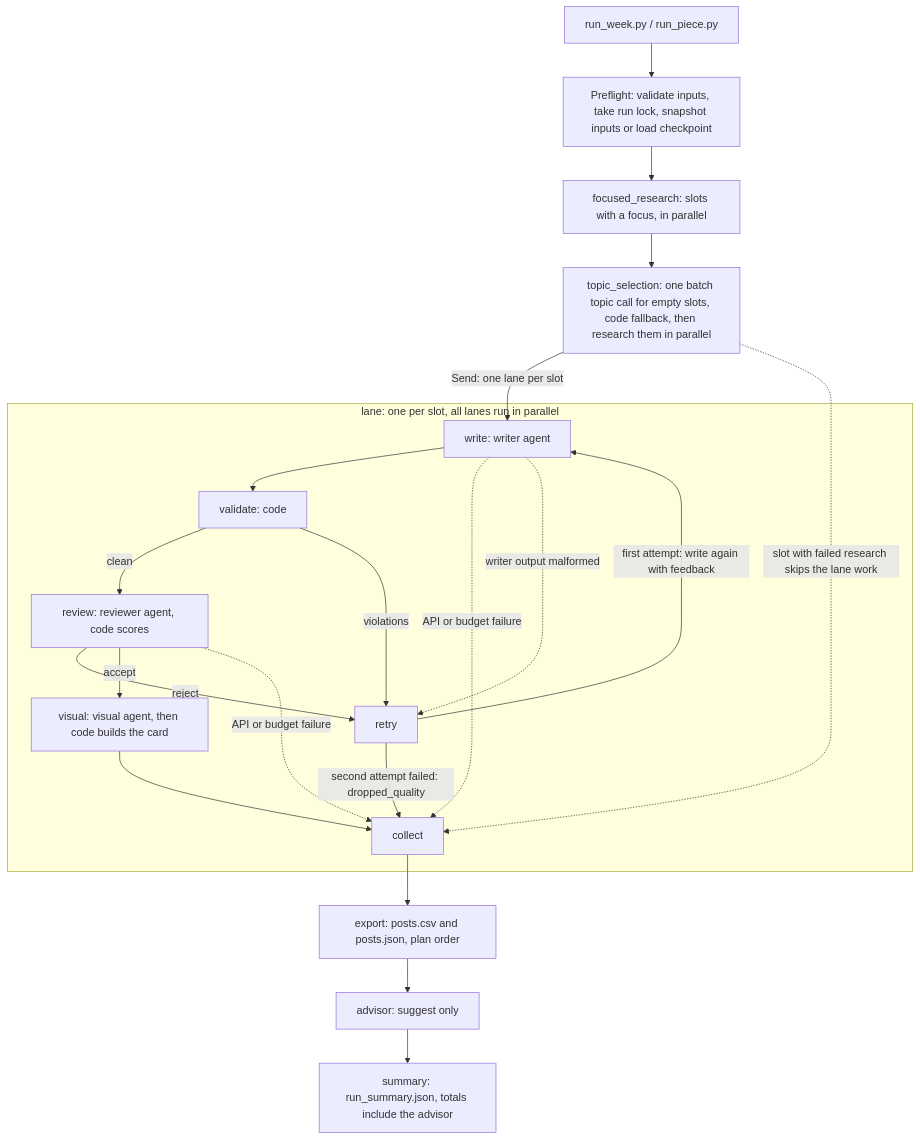
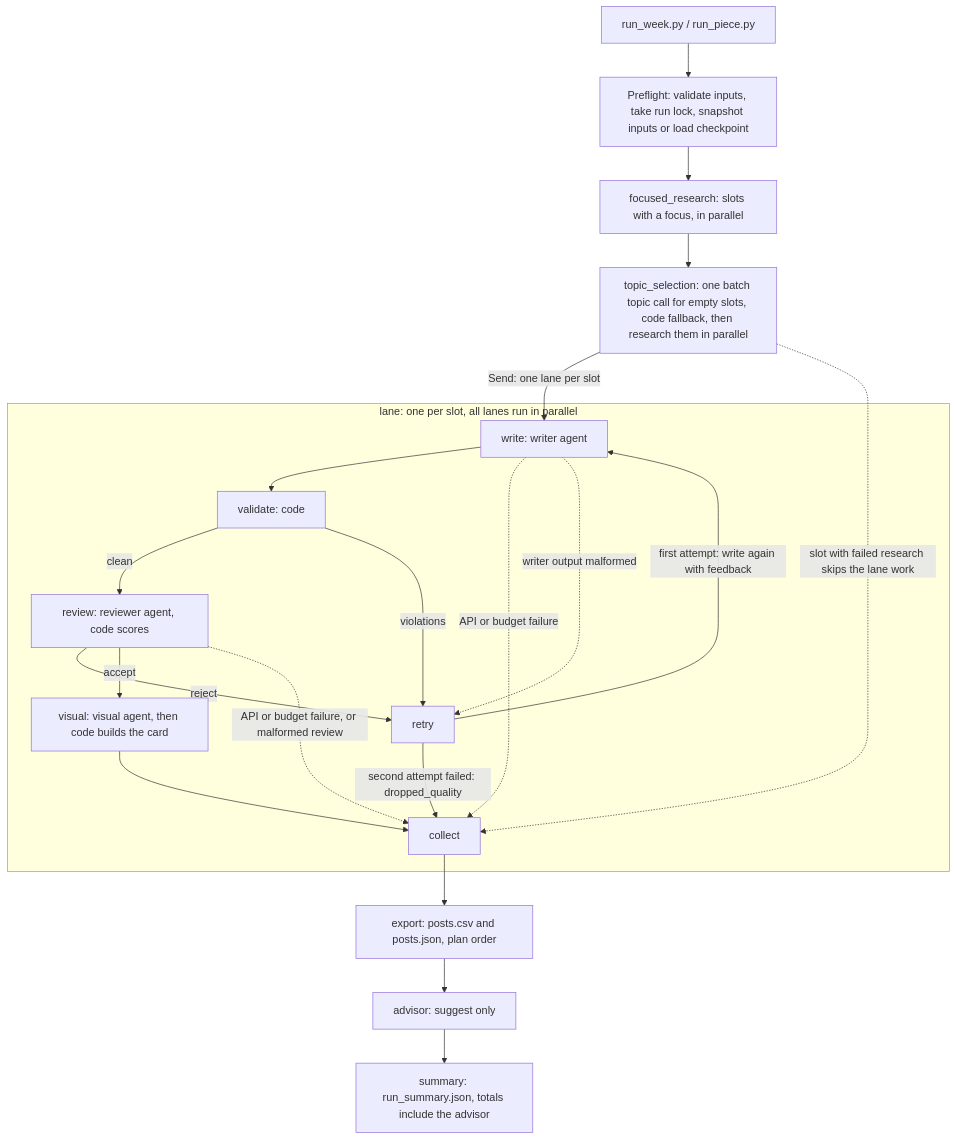
Before and after one commit to ahmedelkassrawy/sanadsquad-content-pipeline: the diagram in ARCHITECTURE.md, drawn with Mermaid. The commit also changed other lines of this file, not shown here.

First line of the commit message:
docs: two wording fixes from the Opus docs review

````diff
--- a/ARCHITECTURE.md
+++ b/ARCHITECTURE.md
@@ -13,26 +13,26 @@
 ```mermaid
 flowchart TD
   CLI["run_week.py / run_piece.py"] --> PRE["Preflight: validate inputs, take run lock, snapshot inputs or load checkpoint"]
   PRE --> FR["focused_research: slots with a focus, in parallel"]
   FR --> TS["topic_selection: one batch topic call for empty slots, code fallback, then research them in parallel"]
   TS -->|"Send: one lane per slot"| W
 
   subgraph LANE["lane: one per slot, all lanes run in parallel"]
     W["write: writer agent"] --> V["validate: code"]
     V -->|"clean"| R["review: reviewer agent, code scores"]
     V -->|"violations"| RT["retry"]
     R -->|"reject"| RT
     RT -->|"first attempt: write again with feedback"| W
     RT -->|"second attempt failed: dropped_quality"| C
     R -->|"accept"| IMG["visual: visual agent, then code builds the card"]
     IMG --> C["collect"]
   end
 
   TS -.->|"slot with failed research skips the lane work"| C
   W -.->|"API or budget failure"| C
-  R -.->|"API or budget failure"| C
+  R -.->|"API or budget failure, or malformed review"| C
   W -.->|"writer output malformed"| RT
   C --> EX["export: posts.csv and posts.json, plan order"]
   EX --> AD["advisor: suggest only"]
   AD --> SU["summary: run_summary.json, totals include the advisor"]
 ```
````
